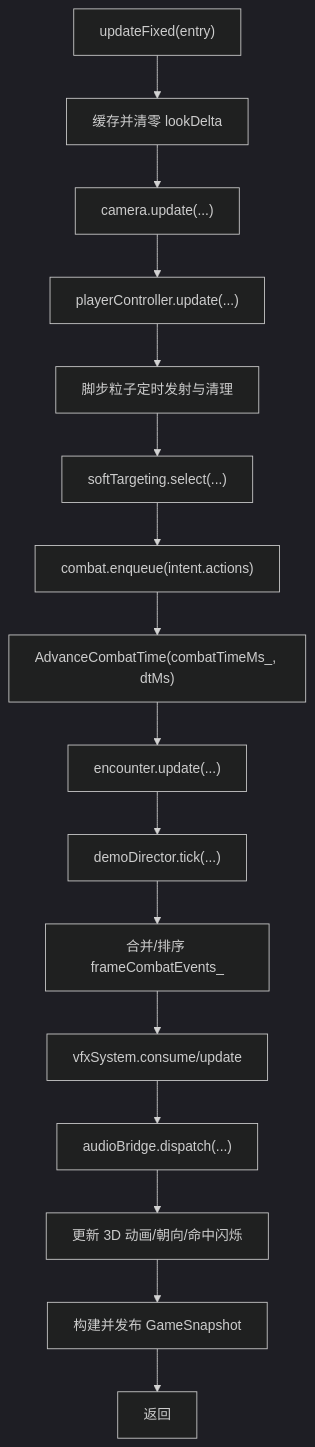
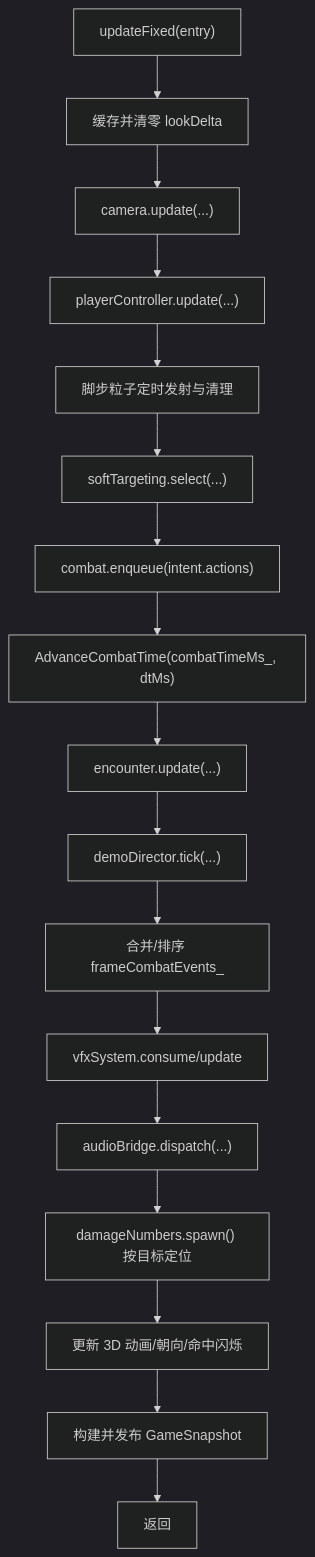
Before and after one commit to sj123sheng/my-world: the sixth of 7 diagrams in .qoder/repowiki/zh/content/架构设计/分层架构设计/引擎层设计/游戏循环系统.md, drawn with Mermaid (dark theme). The commit also changed other lines of this file and 161 other files, not shown here.

````diff
--- a/.qoder/repowiki/zh/content/架构设计/分层架构设计/引擎层设计/游戏循环系统.md
+++ b/.qoder/repowiki/zh/content/架构设计/分层架构设计/引擎层设计/游戏循环系统.md
@@ -353,18 +431,19 @@
 ```mermaid
 flowchart TD
 U0["updateFixed(entry)"] --> U1["缓存并清零 lookDelta"]
 U1 --> U2["camera.update(...)"]
 U2 --> U3["playerController.update(...)"]
 U3 --> U4["脚步粒子定时发射与清理"]
 U4 --> U5["softTargeting.select(...)"]
 U5 --> U6["combat.enqueue(intent.actions)"]
 U6 --> U7["AdvanceCombatTime(combatTimeMs_, dtMs)"]
 U7 --> U8["encounter.update(...)"]
 U8 --> U9["demoDirector.tick(...)"]
 U9 --> U10["合并/排序 frameCombatEvents_"]
 U10 --> U11["vfxSystem.consume/update"]
 U11 --> U12["audioBridge.dispatch(...)"]
-U12 --> U13["更新 3D 动画/朝向/命中闪烁"]
-U13 --> U14["构建并发布 GameSnapshot"]
-U14 --> U15["返回"]
+U12 --> U13["damageNumbers.spawn() 按目标定位"]
+U13 --> U14["更新 3D 动画/朝向/命中闪烁"]
+U14 --> U15["构建并发布 GameSnapshot"]
+U15 --> U16["返回"]
 ```
````
